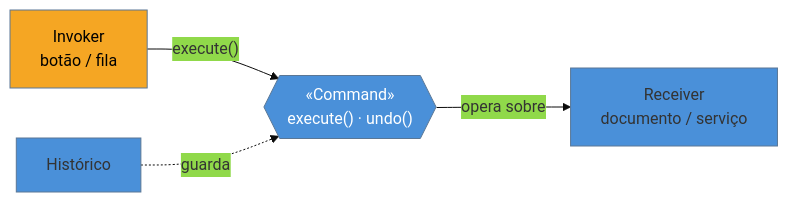
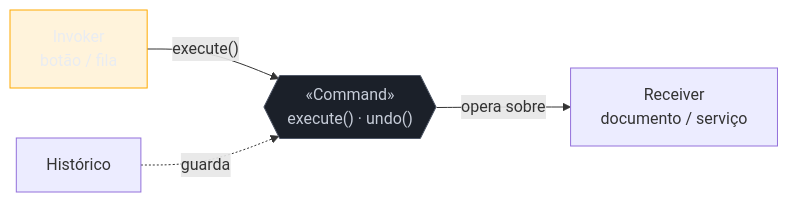
The diagram in 03-Dominios/Engenharia/Design de Software/Padrões de Projeto/Clássicos (GoF)/14 - Command.md (josenaldo/codex-technomanticus), drawn with Mermaid before and after one commit. The commit also changed 1181 other files, not shown here.

First line of the commit message:
fix(diagramas): paleta do sistema no lugar de cor cravada no markdown

````diff
--- a/03-Dominios/Engenharia/Design de Software/Padrões de Projeto/Clássicos (GoF)/14 - Command.md
+++ b/03-Dominios/Engenharia/Design de Software/Padrões de Projeto/Clássicos (GoF)/14 - Command.md
@@ -34,10 +34,11 @@
 ```mermaid
-%%{init: {"theme": "base", "themeVariables": {"primaryColor": "#4A90D9"}}}%%
 graph LR
+    classDef neutro fill:#1B2029,stroke:#4E5666,color:#C6CCD8
+    classDef destaque fill:#FFAA0024,stroke:#FFAA00,color:#E9ECF2
     Inv[Invoker<br/>botão / fila] -->|"execute()"| Cmd{{"«Command»<br/>execute() · undo()"}}
     Cmd -->|opera sobre| Rec[Receiver<br/>documento / serviço]
     Hist[Histórico] -.guarda.-> Cmd
 
-    style Cmd fill:#4A90D9,color:#fff
-    style Inv fill:#F5A623,color:#000
+    class Cmd neutro
+    class Inv destaque
 ```
````
